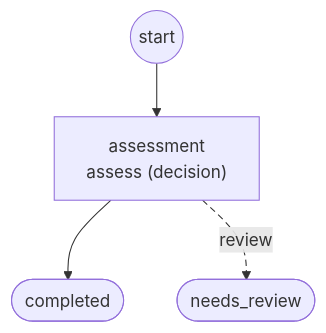
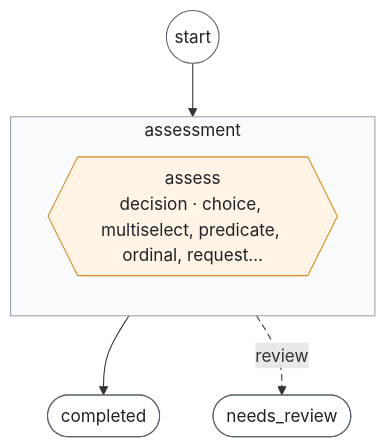
One commit to sebastianwessel/foliqant changed the second of 3 diagrams in examples/decision_evidence/WORKFLOWS.md. Above: the diagram before and after it, drawn with Mermaid. The commit also changed other lines of this file and 21 other files, not shown here.

First line of the commit message:
Render workflow graphs as subgraphs with steps, shapes and a legend

````diff
--- a/examples/decision_evidence/WORKFLOWS.md
+++ b/examples/decision_evidence/WORKFLOWS.md
@@ -9,11 +39,20 @@
 ```mermaid
 flowchart TD
-  start((start))
-  flow_assessment["assessment<br/>assess (decision)"]
-  outcome_completed(["completed"])
-  outcome_needs_review(["needs_review"])
-  start --> flow_assessment
-  flow_assessment --> outcome_completed
-  flow_assessment -.->|"review"| outcome_needs_review
+  start__((start))
+  subgraph assessment["assessment"]
+    direction TB
+    assessment__assess{{"assess<br/>decision · choice, multiselect, predicate, ordinal, request…"}}
+  end
+  outcome_completed__(["completed"])
+  outcome_needs_review__(["needs_review"])
+  start__ --> assessment
+  assessment --> outcome_completed__
+  assessment -.->|"review"| outcome_needs_review__
+  classDef decision fill:#fff4e5,stroke:#d68a1d,color:#1f2328
+  classDef flow fill:#fafbfc,stroke:#9aa1ab,color:#1f2328
+  classDef terminal fill:#ffffff,stroke:#57606a,color:#1f2328
+  class assessment__assess decision
+  class assessment flow
+  class start__,outcome_completed__,outcome_needs_review__ terminal
   linkStyle 2 stroke-dasharray: 6 4
 ```
````
